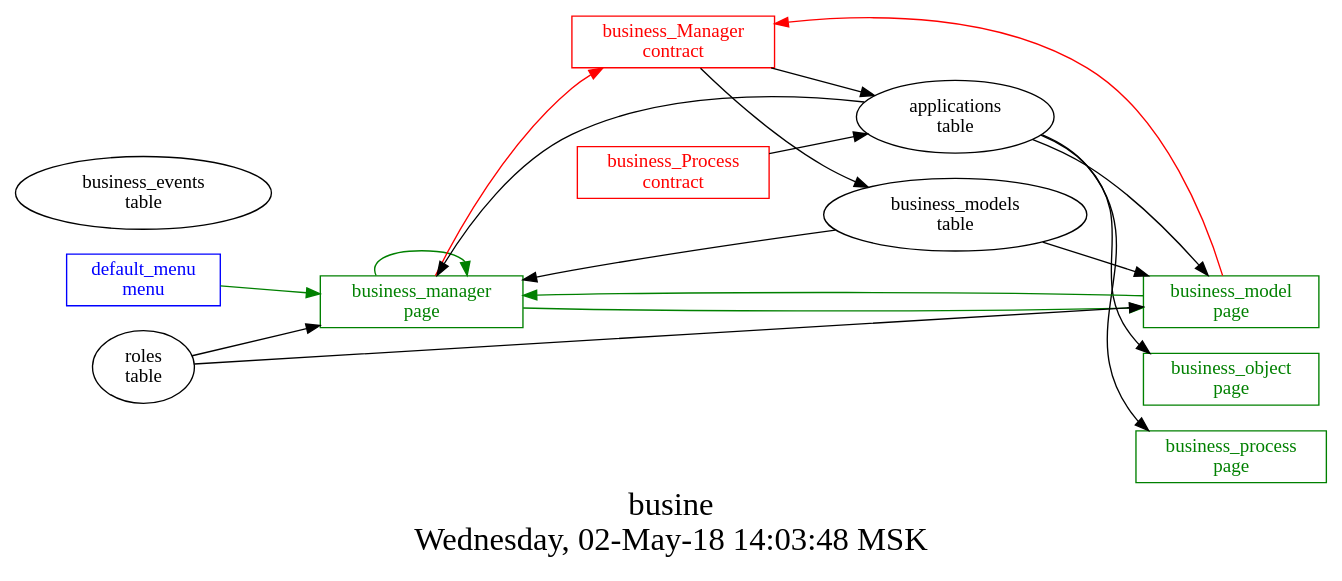
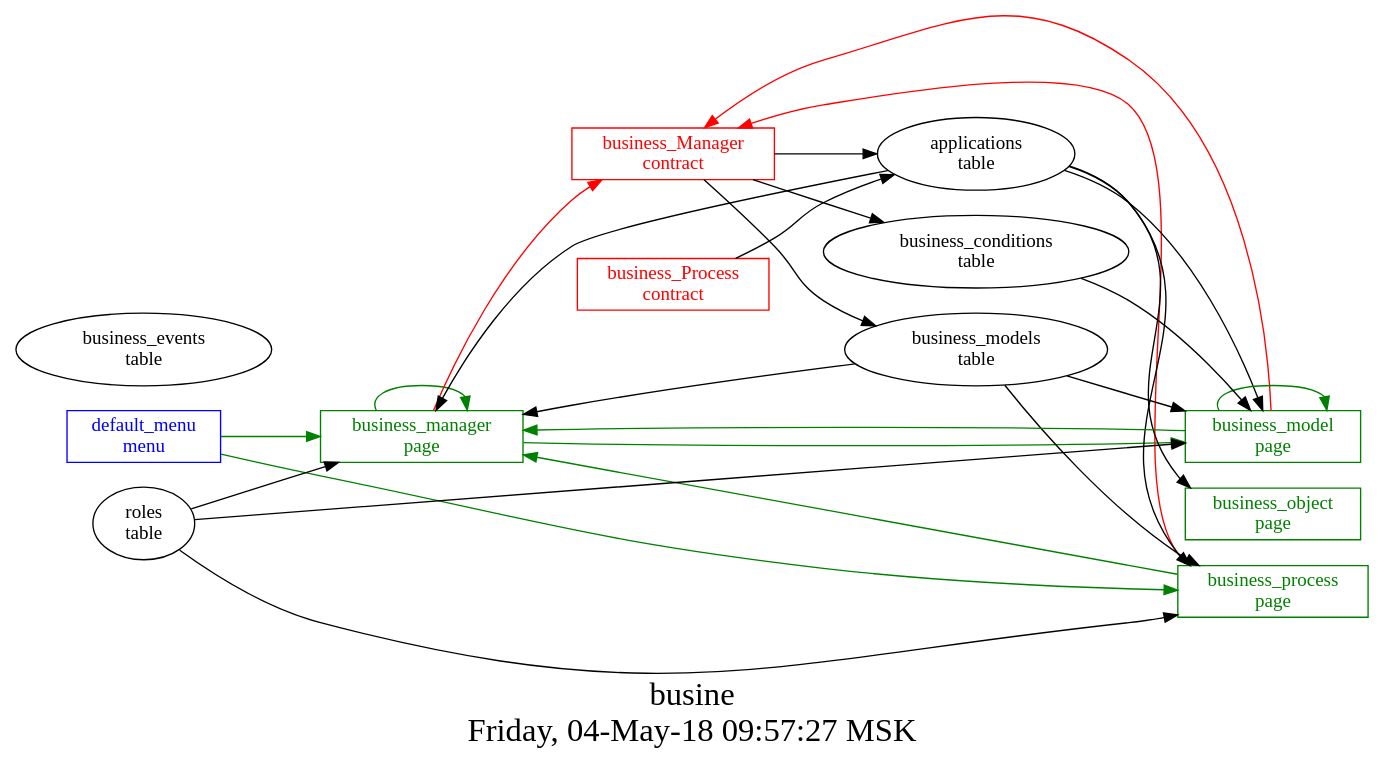
Before and after one commit to AplaProject/apps: the diagram in src/business/struct.dot, drawn with Graphviz. The commit also changed 8 other files, not shown here.

```diff
--- a/src/business/struct.dot
+++ b/src/business/struct.dot
@@ -1,36 +1,45 @@
 digraph G {
 graph [
   fontsize="24";
-  label="busine\nWednesday, 02-May-18 14:03:48 MSK";
+  label="busine\nFriday, 04-May-18 09:57:27 MSK";
   nojustify=true;
   ordering=out;
   rankdir=LR;
   size="30";
 ];
 "default_menu\nmenu" -> "business_manager\npage"  [ color=green ]
+"default_menu\nmenu" -> "business_process\npage"  [ color=green ]
 "default_menu\nmenu" [color=blue, fontcolor=blue, group=menus, shape=record];
 "business_manager\npage" -> "business_Manager\ncontract"  [ color=red ]
 "applications\ntable" -> "business_manager\npage"  [ color="" ]
 "roles\ntable" -> "business_manager\npage"  [ color="" ]
 "business_models\ntable" -> "business_manager\npage"  [ color="" ]
 "business_manager\npage" -> "business_model\npage"  [ color=green ]
 "business_manager\npage" -> "business_manager\npage"  [ color=green ]
 "business_manager\npage" [color=green, fontcolor=green, group=pages, shape=record];
 "business_model\npage" -> "business_Manager\ncontract"  [ color=red ]
 "applications\ntable" -> "business_model\npage"  [ color="" ]
 "roles\ntable" -> "business_model\npage"  [ color="" ]
 "business_models\ntable" -> "business_model\npage"  [ color="" ]
+"business_conditions\ntable" -> "business_model\npage"  [ color="" ]
+"business_model\npage" -> "business_model\npage"  [ color=green ]
 "business_model\npage" -> "business_manager\npage"  [ color=green ]
 "business_model\npage" [color=green, fontcolor=green, group=pages, shape=record];
 "applications\ntable" -> "business_object\npage"  [ color="" ]
 "business_object\npage" [color=green, fontcolor=green, group=pages, shape=record];
+"business_process\npage" -> "business_Manager\ncontract"  [ color=red ]
 "applications\ntable" -> "business_process\npage"  [ color="" ]
+"roles\ntable" -> "business_process\npage"  [ color="" ]
+"business_models\ntable" -> "business_process\npage"  [ color="" ]
+"business_process\npage" -> "business_manager\npage"  [ color=green ]
 "business_process\npage" [color=green, fontcolor=green, group=pages, shape=record];
 "business_Manager\ncontract" -> "applications\ntable"  [ color="" ]
+"business_Manager\ncontract" -> "business_conditions\ntable"  [ color="" ]
 "business_Manager\ncontract" -> "business_models\ntable"  [ color="" ]
 "business_Manager\ncontract" [color=red, fontcolor=red, group=contracts, shape=record];
 "business_Process\ncontract" -> "applications\ntable"  [ color="" ]
 "business_Process\ncontract" [color=red, fontcolor=red, group=contracts, shape=record];
+"business_conditions\ntable" [color="", fontcolor="", group=tables, shape=""];
 "business_events\ntable" [color="", fontcolor="", group=tables, shape=""];
 "business_models\ntable" [color="", fontcolor="", group=tables, shape=""];
 }
```
